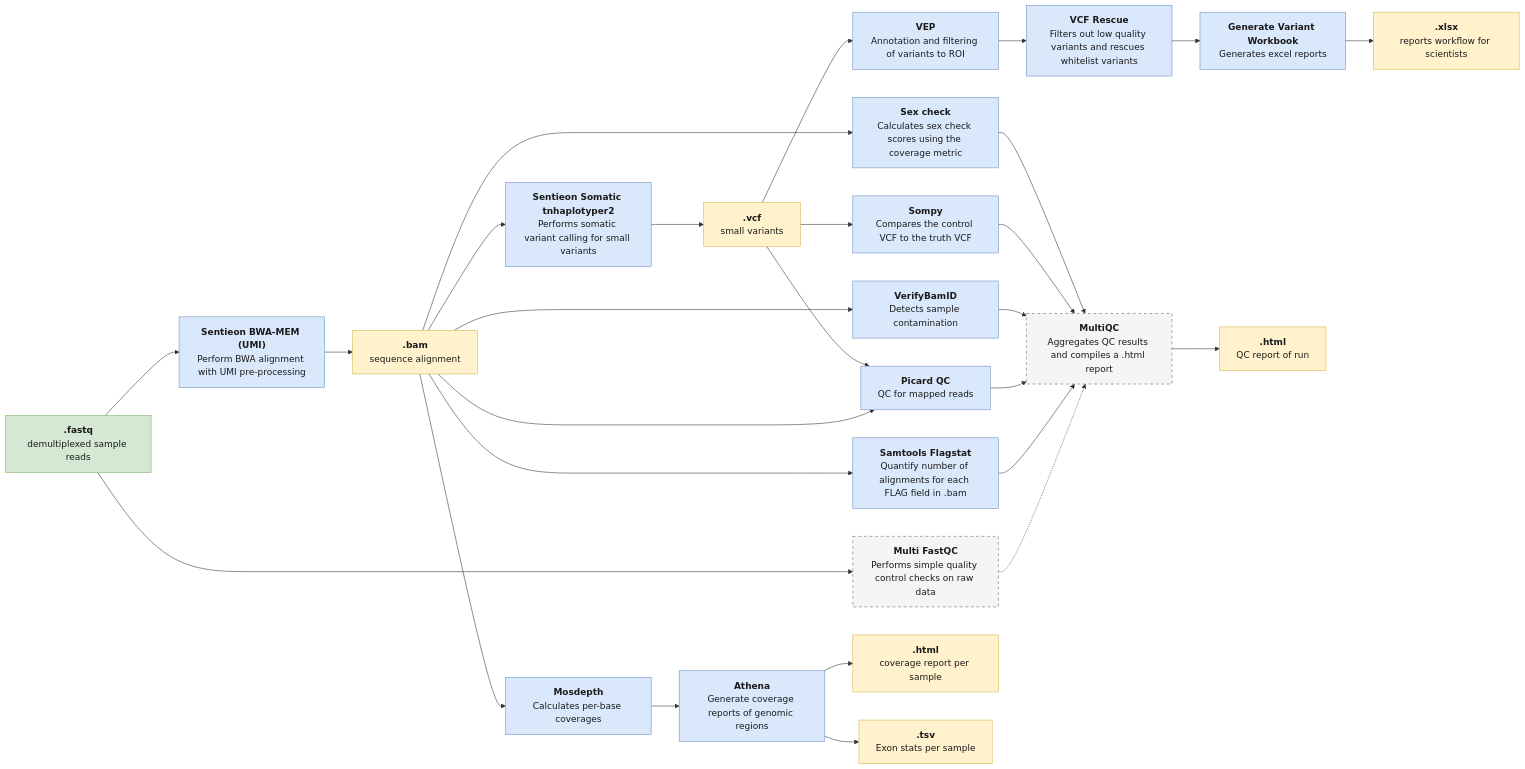
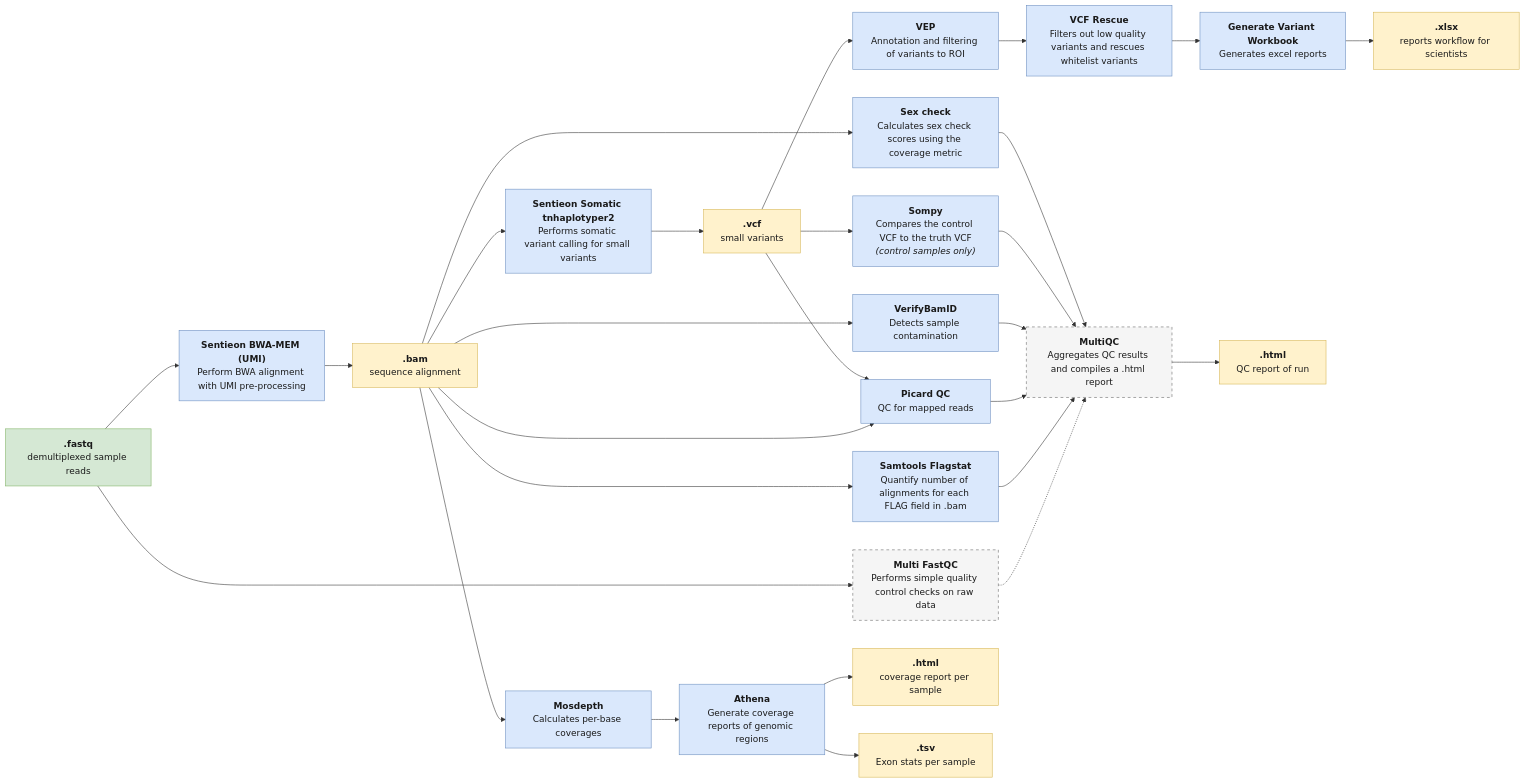
The diagram in images/full_gaea_practical.mermaid.mmd (eastgenomics/eggd_gaea_main_workflow), drawn with Mermaid before and after one commit. The commit also changed 1 other file, not shown here.

Commit message:
Update Sompy description to clarify it applies to control samples only and refresh PNG representation of the Gaea practical workflow

```diff
--- a/images/full_gaea_practical.mermaid.mmd
+++ b/images/full_gaea_practical.mermaid.mmd
@@ -1,57 +1,57 @@
 flowchart LR
     classDef input fill:#d5e8d4,stroke:#82b366,color:#1a1a1a;
     classDef process fill:#dae8fc,stroke:#6c8ebf,color:#1a1a1a;
     classDef data fill:#fff2cc,stroke:#d6b656,color:#1a1a1a;
     classDef external fill:#f5f5f5,stroke:#666666,color:#1a1a1a,stroke-dasharray: 5 5;
 
     fastq["<b>.fastq</b><br/>demultiplexed sample reads"]:::input
     bwa["<b>Sentieon BWA-MEM (UMI)</b><br/>Perform BWA alignment with UMI pre-processing"]:::process
     bam["<b>.bam</b><br/>sequence alignment"]:::data
     tnhap["<b>Sentieon Somatic tnhaplotyper2</b><br/>Performs somatic variant calling for small variants"]:::process
     vcf["<b>.vcf</b><br/>small variants"]:::data
     vep["<b>VEP</b><br/>Annotation and filtering of variants to ROI"]:::process
     rescue["<b>VCF Rescue</b><br/>Filters out low quality variants and rescues whitelist variants"]:::process
     workbook["<b>Generate Variant Workbook</b><br/>Generates excel reports"]:::process
     xlsx["<b>.xlsx</b><br/>reports workflow for scientists"]:::data
 
     fastqc["<b>Multi FastQC</b><br/>Performs simple quality control checks on raw data"]:::external
     mosdepth["<b>Mosdepth</b><br/>Calculates per-base coverages"]:::process
     flagstat["<b>Samtools Flagstat</b><br/>Quantify number of alignments for each FLAG field in .bam"]:::process
     picard["<b>Picard QC</b><br/>QC for mapped reads"]:::process
     verifybamid["<b>VerifyBamID</b><br/>Detects sample contamination"]:::process
-    sompy["<b>Sompy</b><br/>Compares the control VCF to the truth VCF"]:::process
+    sompy["<b>Sompy</b><br/>Compares the control VCF to the truth VCF<br/><i>(control samples only)</i>"]:::process
     sexcheck["<b>Sex check</b><br/>Calculates sex check scores using the coverage metric"]:::process
     athena["<b>Athena</b><br/>Generate coverage reports of genomic regions"]:::process
     multiqc["<b>MultiQC</b><br/>Aggregates QC results and compiles a .html report"]:::external
 
     htmlqc["<b>.html</b><br/>QC report of run"]:::data
     htmlcov["<b>.html</b><br/>coverage report per sample"]:::data
     tsvexon["<b>.tsv</b><br/>Exon stats per sample"]:::data
 
     fastq --> bwa
     fastq --> fastqc
     bwa --> bam
     bam --> tnhap
     bam --> mosdepth
     bam --> flagstat
     bam --> picard
     bam --> verifybamid
     bam --> sexcheck
     tnhap --> vcf
     vcf --> sompy
     vcf --> picard
     vcf --> vep
     vep --> rescue
     rescue --> workbook
     workbook --> xlsx
 
     fastqc -.-> multiqc
     flagstat --> multiqc
     picard --> multiqc
     verifybamid --> multiqc
     sompy --> multiqc
     sexcheck --> multiqc
     mosdepth --> athena
     athena --> tsvexon
     athena --> htmlcov
     multiqc --> htmlqc
```
